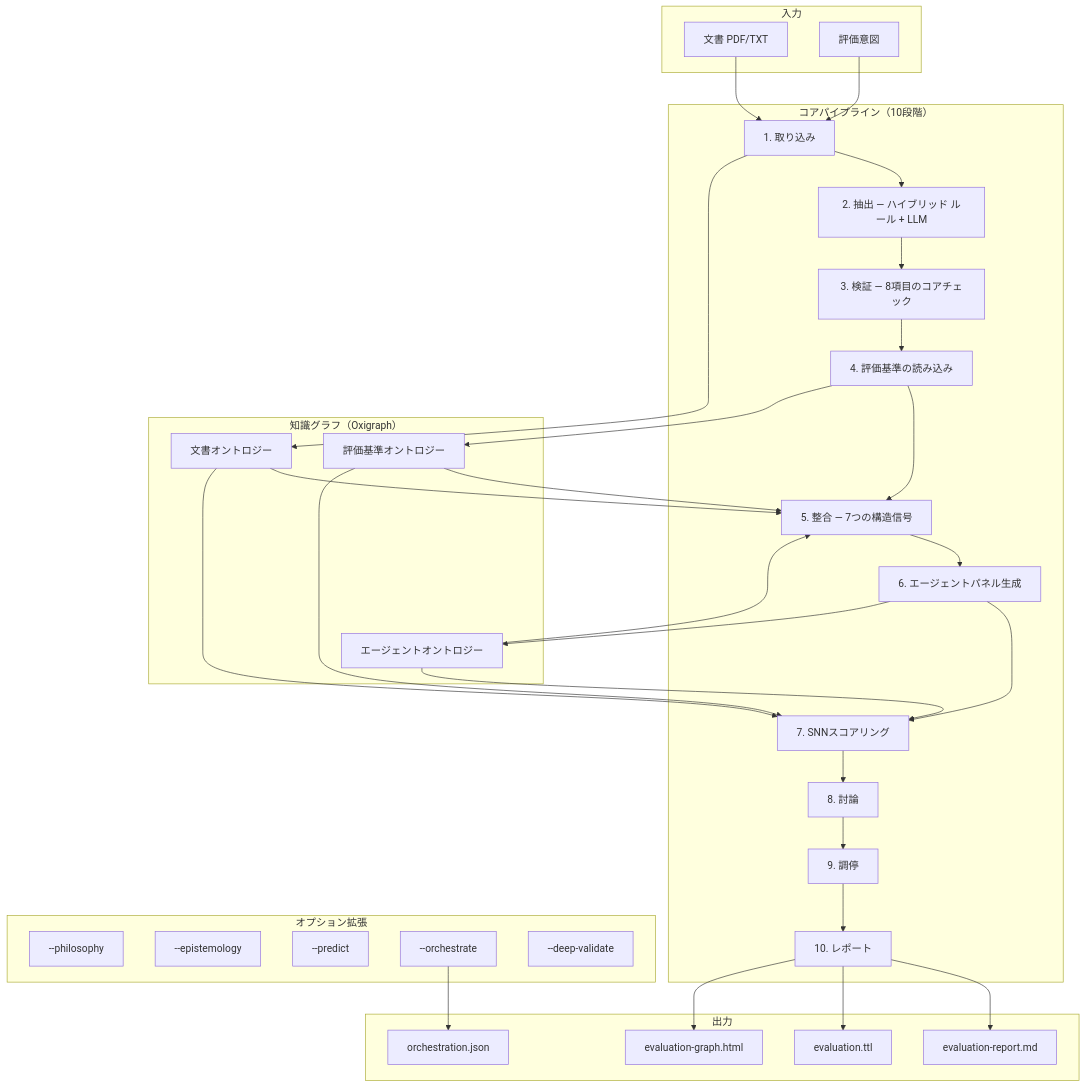
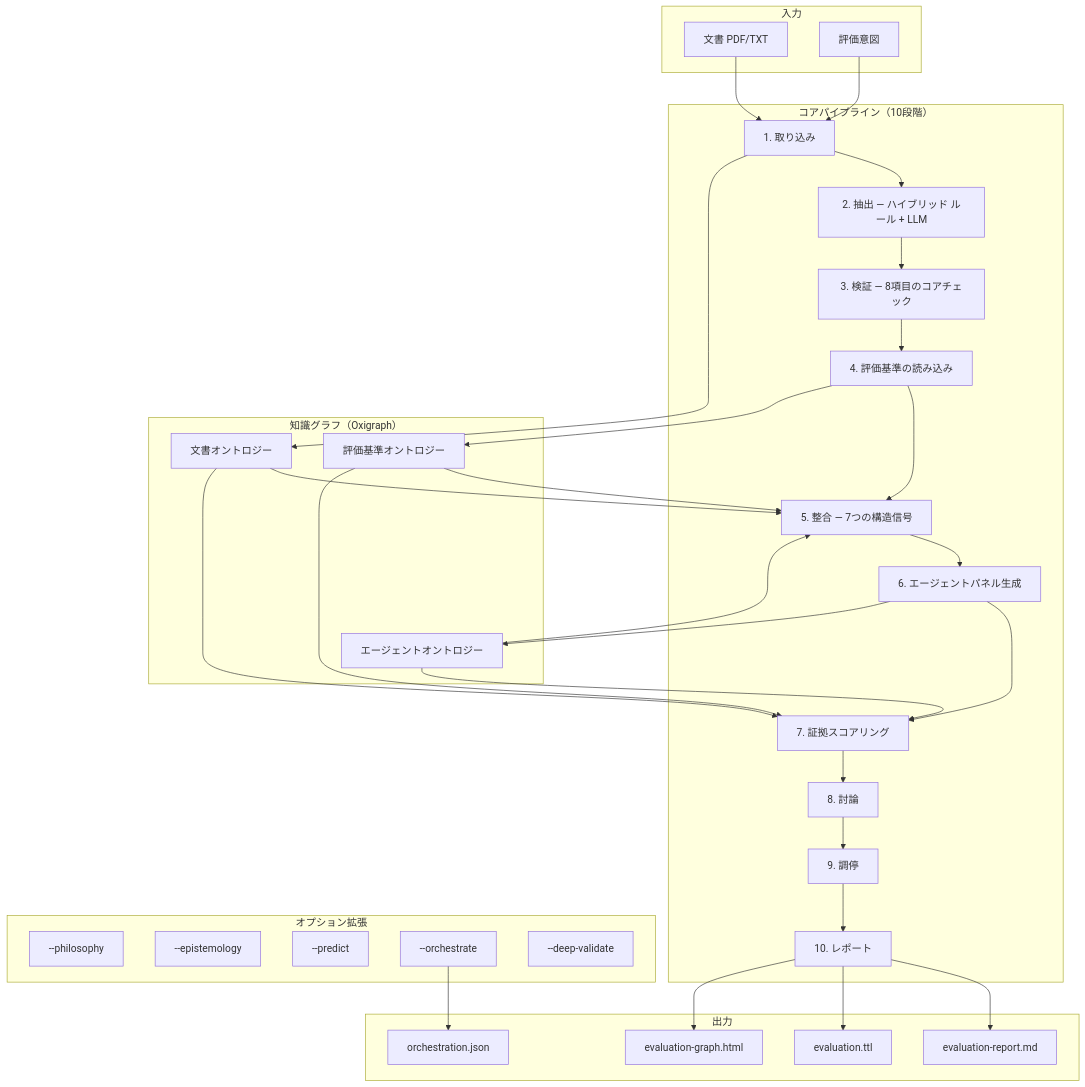
Before and after one commit to fabio-rovai/brain-in-the-fish: the first of 4 diagrams in README-JP.md, drawn with Mermaid. The commit also changed other lines of this file and 3 other files, not shown here.

````diff
--- a/README-JP.md
+++ b/README-JP.md
@@ -103,52 +105,52 @@
 ```mermaid
 graph TB
     subgraph 入力
         DOC[文書 PDF/TXT]
         INT[評価意図]
     end
 
     subgraph "コアパイプライン（10段階）"
         ING[1. 取り込み]
         EXT[2. 抽出 — ハイブリッド ルール + LLM]
         VAL[3. 検証 — 8項目のコアチェック]
         CRI[4. 評価基準の読み込み]
         ALI[5. 整合 — 7つの構造信号]
         SPA[6. エージェントパネル生成]
-        SNN_S[7. SNNスコアリング]
+        SNN_S[7. 証拠スコアリング]
         DEB[8. 討論]
         MOD[9. 調停]
         REP[10. レポート]
     end
 
     subgraph "オプション拡張"
         PHI[--philosophy]
         EPI[--epistemology]
         PRE[--predict]
         ORC[--orchestrate]
         DEP[--deep-validate]
     end
 
     subgraph "知識グラフ（Oxigraph）"
         DO[文書オントロジー]
         CO[評価基準オントロジー]
         AO[エージェントオントロジー]
     end
 
     subgraph 出力
         MD[evaluation-report.md]
         TTL[evaluation.ttl]
         HTML[evaluation-graph.html]
         JSON[orchestration.json]
     end
 
     DOC --> ING
     INT --> ING
     ING --> EXT --> VAL --> CRI --> ALI --> SPA --> SNN_S --> DEB --> MOD --> REP
     ING --> DO
     CRI --> CO
     SPA --> AO
     DO & CO & AO --> ALI
     DO & CO & AO --> SNN_S
     REP --> MD & TTL & HTML
     ORC --> JSON
 ```
````
